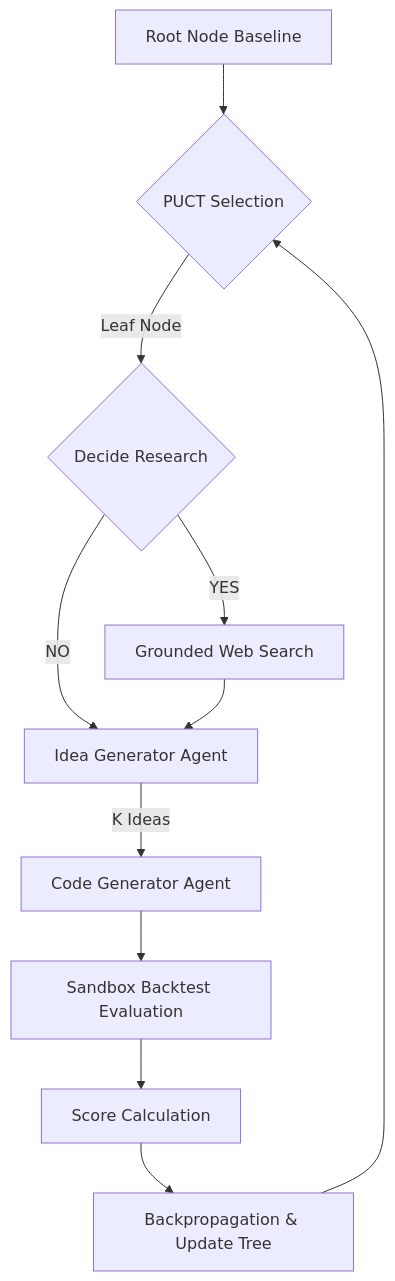
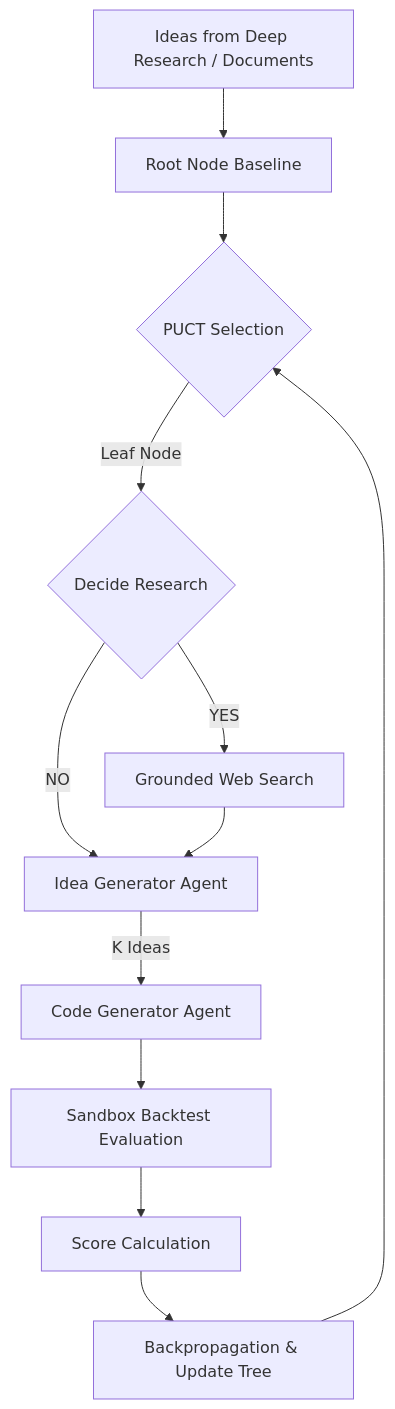
Before and after one commit to Amit-Prasad/pathfinder: the diagram in README.md, drawn with Mermaid.

Commit message:
ideas part

````diff
--- a/README.md
+++ b/README.md
@@ -11,13 +11,14 @@
 ```mermaid
 graph TD
-    Root[Root Node Baseline] --> Select{PUCT Selection}
+    Docs["Ideas from Deep Research / Documents"] --> Root[Root Node Baseline]
+    Root --> Select{PUCT Selection}
     Select --> |Leaf Node| DecRes{Decide Research}
     DecRes -->|YES| GoogleSearch[Grounded Web Search]
     DecRes -->|NO| IdeaGen[Idea Generator Agent]
     GoogleSearch --> IdeaGen
     IdeaGen --> |K Ideas| CodeGen[Code Generator Agent]
     CodeGen --> Sandbox[Sandbox Backtest Evaluation]
     Sandbox --> Score[Score Calculation]
     Score --> Backprop[Backpropagation & Update Tree]
     Backprop --> Select
 ```
````
